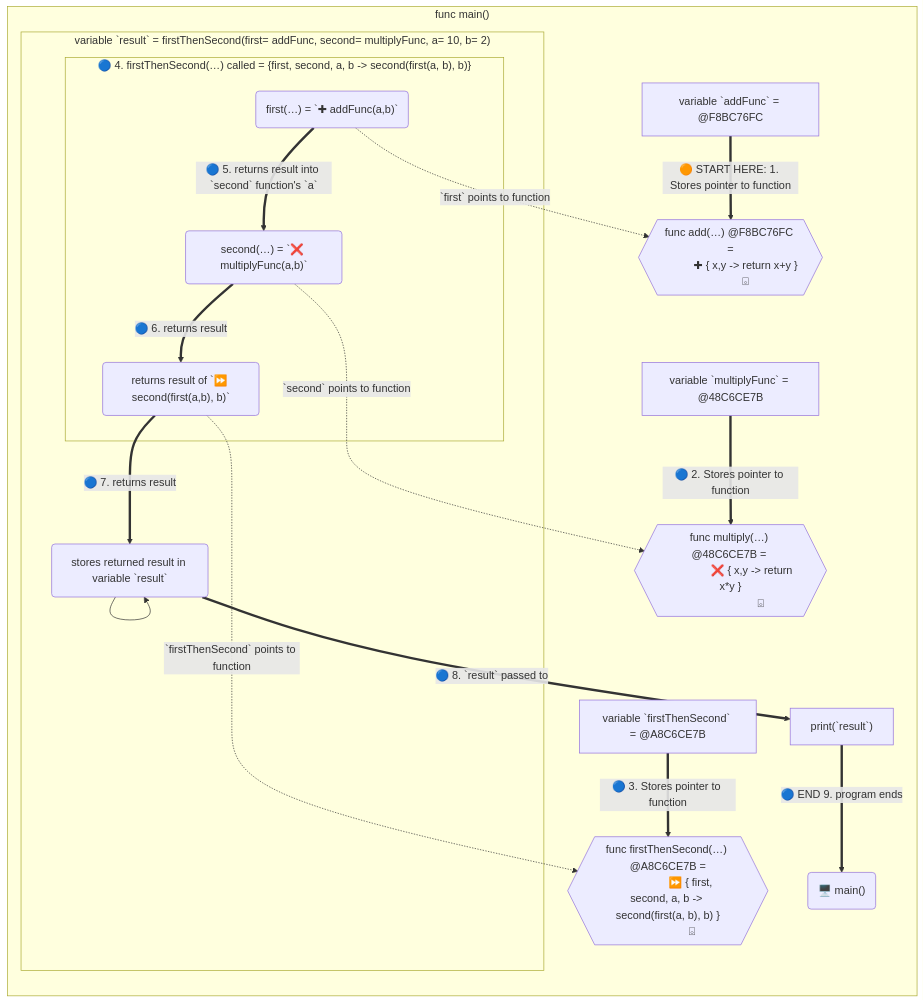
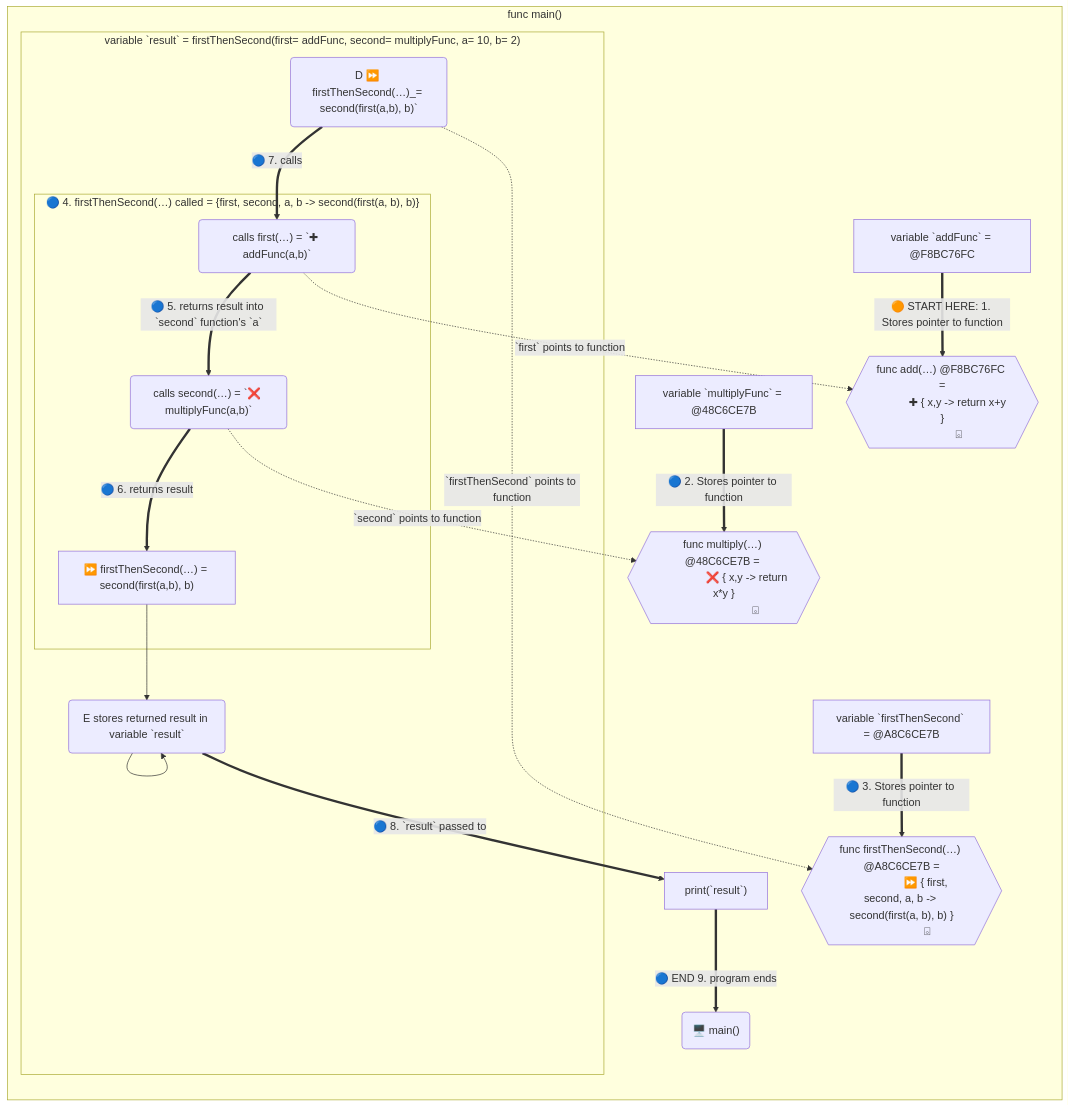
Before and after one commit to realityexpander/How_to_program_from_ground_up: the second of 2 diagrams in 10-FunctionalProgramming.md, drawn with Mermaid. The commit also changed other lines of this file and 1 other file, not shown here.

````diff
--- a/10-FunctionalProgramming.md
+++ b/10-FunctionalProgramming.md
@@ -51,31 +77,34 @@
 ```mermaid
  flowchart LR
  
  subgraph main["func main()"]
     X["variable `addFunc` = @F8BC76FC"] ==>|🟠 START HERE: 1. Stores pointer to function| addFn{{" func add(…) @F8BC76FC =
            ✚ { x,y -> return x+y } 
            ⌺"}}
     Y["variable `multiplyFunc` = @48C6CE7B"] ==>|🔵 2. Stores pointer to function| multiplyFn{{" func multiply(…) @48C6CE7B = 
                 ❌ { x,y -> return x*y }
                      ⌺"}}
     Z["variable `firstThenSecond` = @A8C6CE7B"] ==>|🔵 3. Stores pointer to function| firstThenSecondFunc{{" func firstThenSecond(…) @A8C6CE7B =
                  ⏩ { first, second, a, b -> second(first(a, b), b) }
                  ⌺"}}
     first -.->|`first` points to function| addFn
-    second -..->|`second` points to function| multiplyFn
-    D -...->|`firstThenSecond` points to function| firstThenSecondFunc
+    second -.->|`second` points to function| multiplyFn
+    D -.....->|`firstThenSecond` points to function| firstThenSecondFunc
     subgraph result[" variable `result` = firstThenSecond(first= addFunc, second= multiplyFunc, a= 10, b= 2)"]
+       resultInner["⏩ firstThenSecond(…) = second(first(a,b), b)"] --> E
+       D("D ⏩ firstThenSecond(…)_= second(first(a,b), b)`") ==>|🔵 7. calls| first
        subgraph firstThenSecond[" 🔵 4. firstThenSecond(…) called = {first, second, a, b -> second(first(a, b), b)}"]
-          first("first(…) = `✚ addFunc(a,b)`")==>|🔵 5. returns result into `second` function's `a` | second
-          second("second(…) = `❌ multiplyFunc(a,b)`") ==>|🔵 6. returns result| D
+          first("calls first(…) = `✚ addFunc(a,b)`")==>|🔵 5. returns result into `second` function's `a` | second
+%%          second("calls second(…) = `❌ multiplyFunc(a,b)`") ==>|🔵 6. returns result| D
+          second("calls second(…) = `❌ multiplyFunc(a,b)`") ==>|🔵 6. returns result| resultInner
+          
        end
-       D("returns result of `⏩ second(first(a,b), b)`") ==>|🔵 7. returns result| E
     end
-    E("stores returned result in variable `result`") ==>|🔵 8. `result` passed to| F
+    E("E stores returned result in variable `result`") ==>|🔵 8. `result` passed to| F
     E --> E
     F["print(`result`)"]==>|🔵 END 9. program ends| G
  end
  G("🖥️ main()")
  
  
  ```
````
